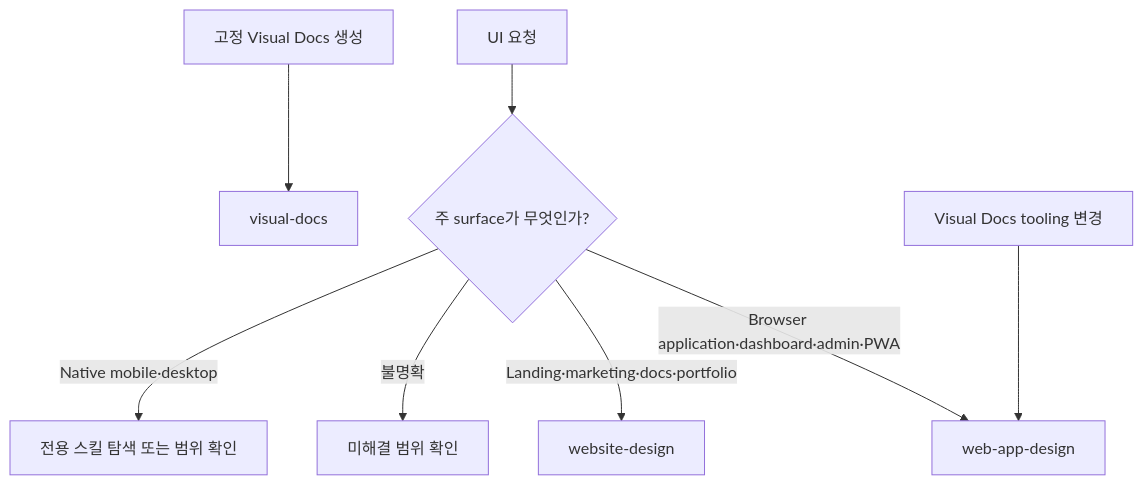
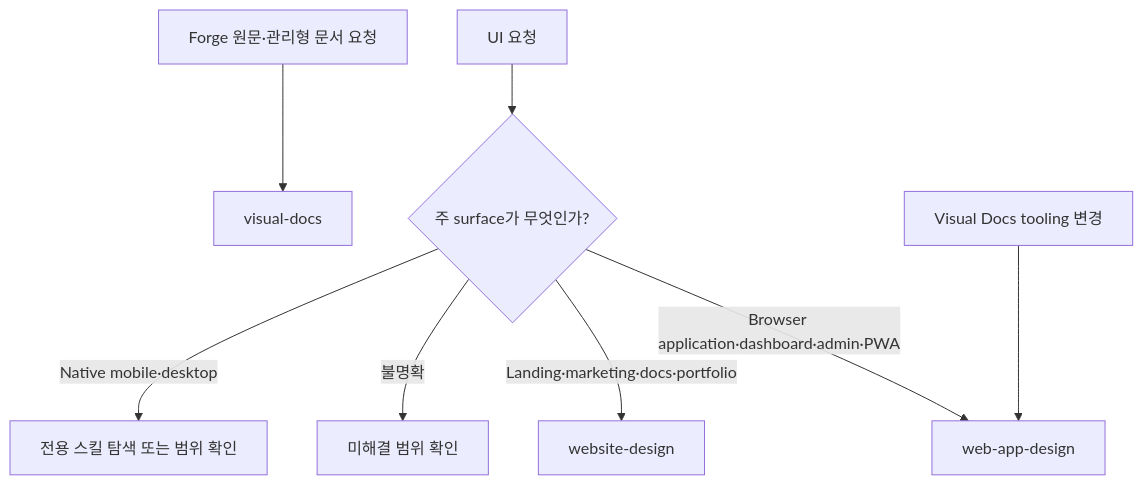
Before and after one commit to hope1026/aiagent-plugins: the diagram in docs/specs/forge-ui-design-skill-separation/forge-ui-design-skill-separation.md, drawn with Mermaid. The commit also changed other lines of this file and 29 other files, not shown here.

Commit message:
feat(forge): make visual docs rendering optional

````diff
--- a/docs/specs/forge-ui-design-skill-separation/forge-ui-design-skill-separation.md
+++ b/docs/specs/forge-ui-design-skill-separation/forge-ui-design-skill-separation.md
@@ -24,10 +24,10 @@
 ```mermaid
 flowchart TD
     A["UI 요청"] --> B{"주 surface가 무엇인가?"}
     B -->|"Browser application·dashboard·admin·PWA"| C["web-app-design"]
     B -->|"Landing·marketing·docs·portfolio"| D["website-design"]
     B -->|"불명확"| E["미해결 범위 확인"]
     B -->|"Native mobile·desktop"| F["전용 스킬 탐색 또는 범위 확인"]
-    G["고정 Visual Docs 생성"] --> H["visual-docs"]
+    G["Forge 원문·관리형 문서 요청"] --> H["visual-docs"]
     I["Visual Docs tooling 변경"] --> C
 ```
````
